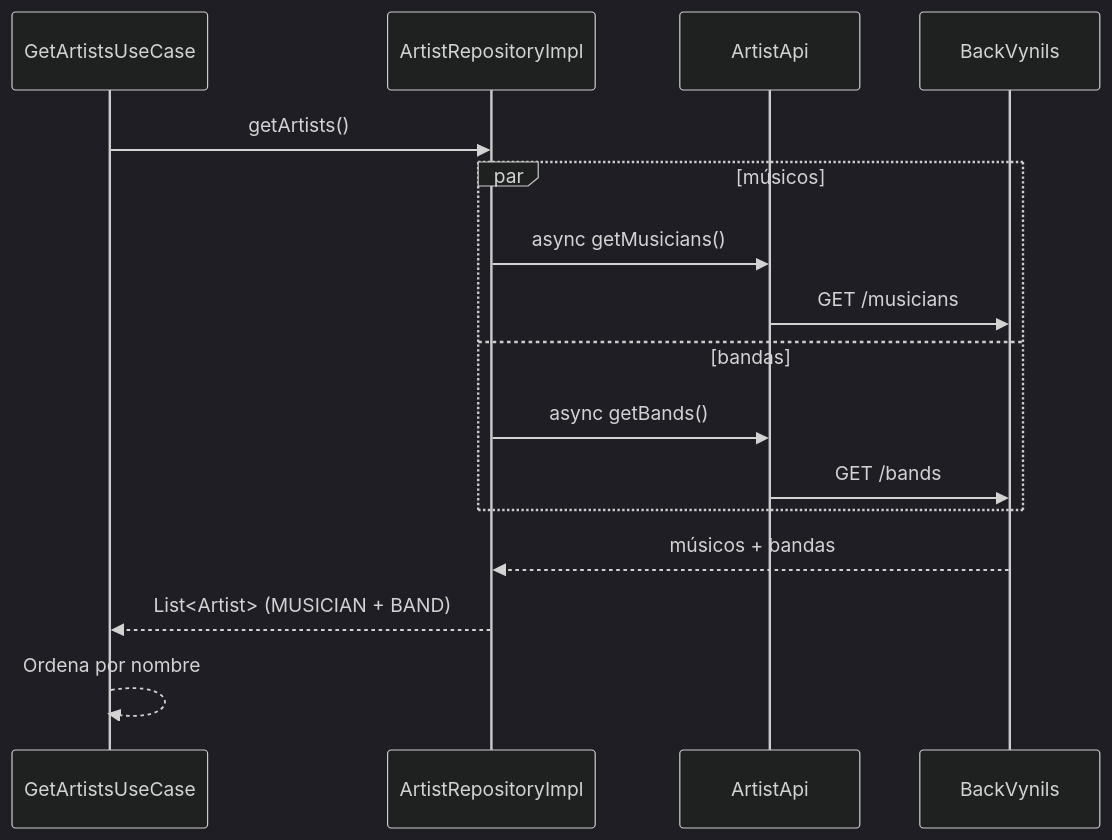
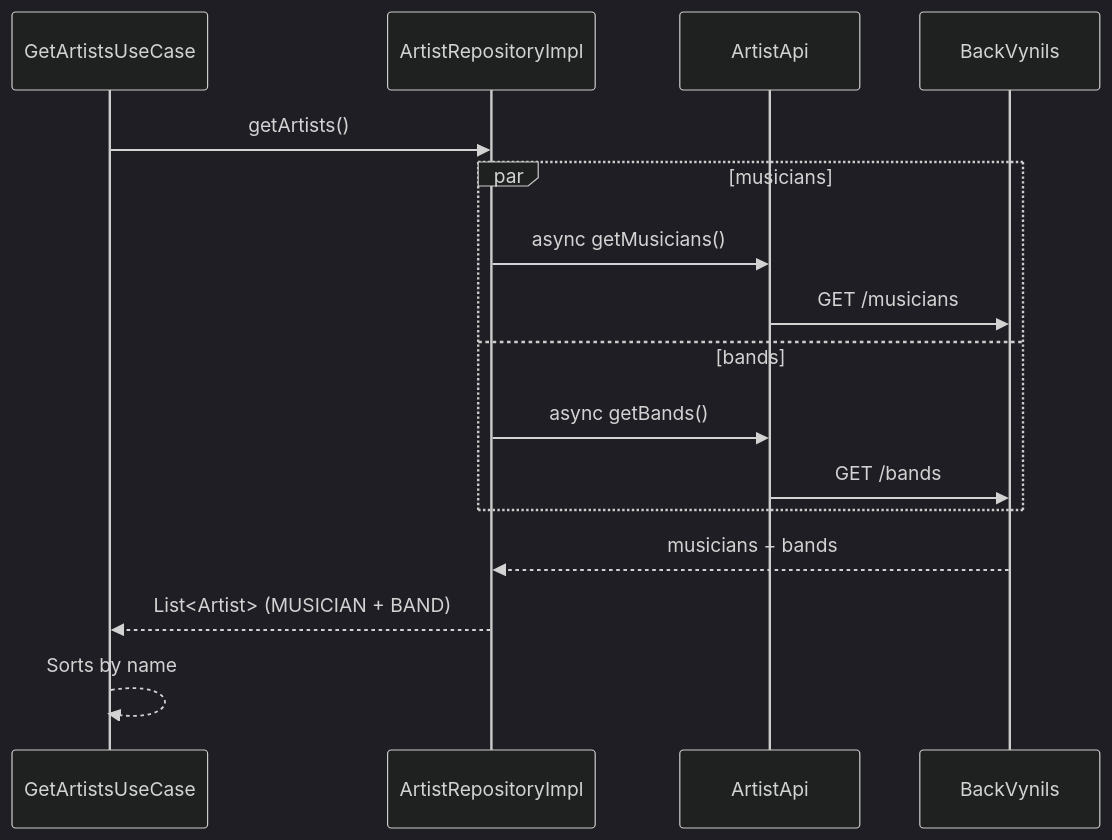
The seventh of 8 diagrams in docs/wiki/Sprint-1-Diseno-arquitectonico.md (jhon0520/Andes-Vynils-App), drawn with Mermaid (dark theme) before and after one commit. The commit also changed other lines of this file and 24 other files, not shown here.

````diff
--- a/docs/wiki/Sprint-1-Diseno-arquitectonico.md
+++ b/docs/wiki/Sprint-1-Diseno-arquitectonico.md
@@ -498,19 +483,19 @@
 ```mermaid
 sequenceDiagram
     participant UC as GetArtistsUseCase
     participant R as ArtistRepositoryImpl
     participant A as ArtistApi
     participant B as BackVynils
 
     UC->>R: getArtists()
-    par músicos
+    par musicians
         R->>A: async getMusicians()
         A->>B: GET /musicians
-    and bandas
+    and bands
         R->>A: async getBands()
         A->>B: GET /bands
     end
-    B-->>R: músicos + bandas
+    B-->>R: musicians + bands
     R-->>UC: List<Artist> (MUSICIAN + BAND)
-    UC-->>UC: Ordena por nombre
+    UC-->>UC: Sorts by name
 ```
````
